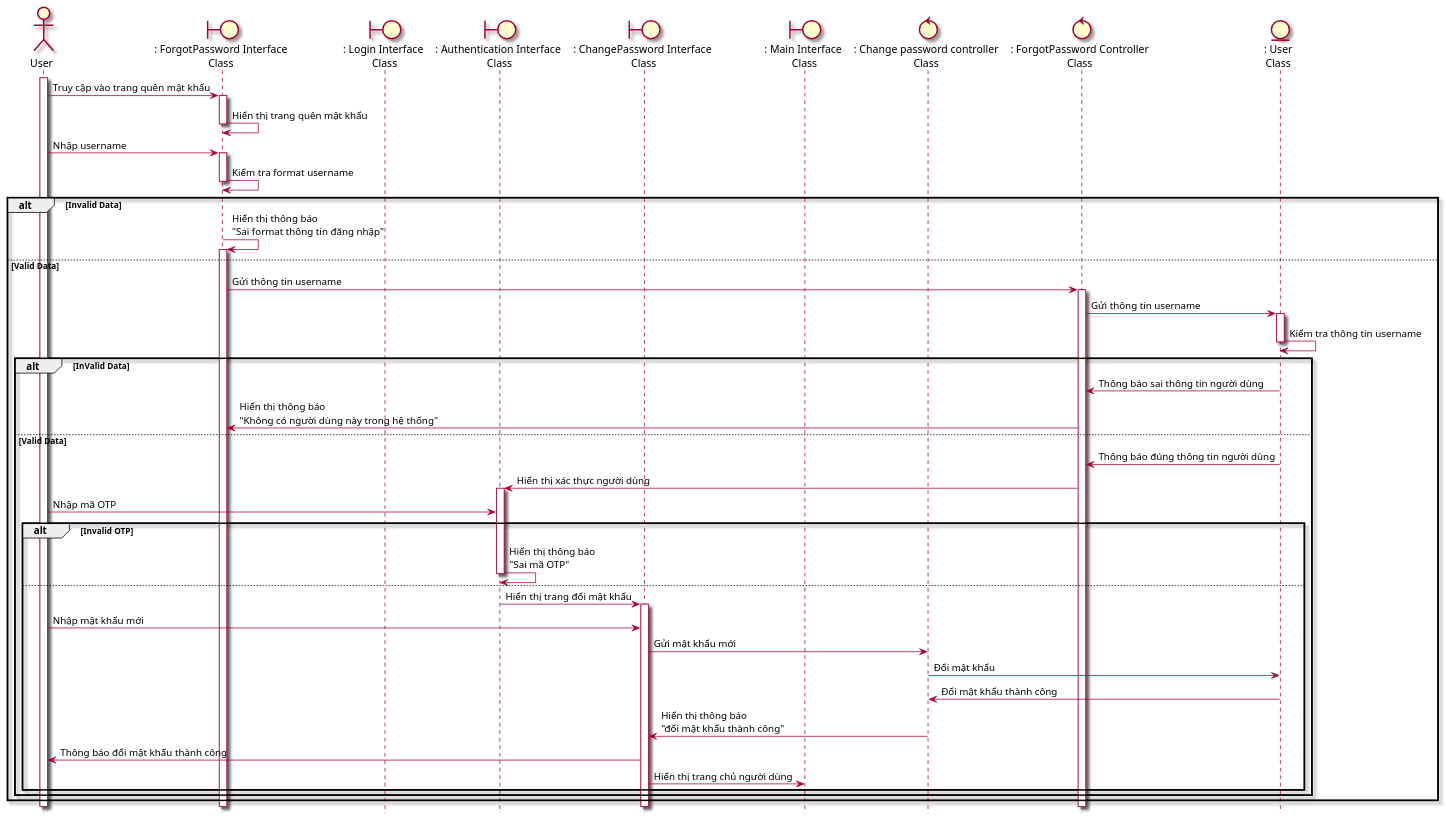
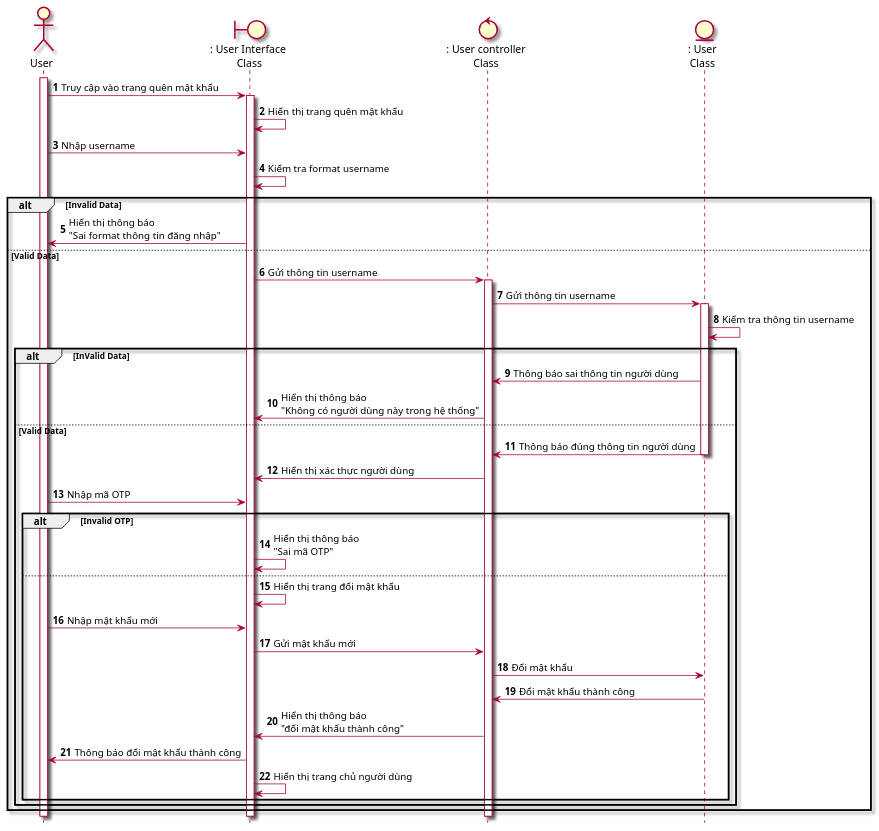
The diagram in Lab1/Lab 1.2 Diagram/Sequence/FilePUML/1.4 SeqQuenMatKhau.puml (Griselda4774/EAS-EmploymentAssistanceSystem), drawn with PlantUML before and after one commit. The commit also changed 9 other files, not shown here.

```diff
--- a/Lab1/Lab 1.2 Diagram/Sequence/FilePUML/1.4 SeqQuenMatKhau.puml
+++ b/Lab1/Lab 1.2 Diagram/Sequence/FilePUML/1.4 SeqQuenMatKhau.puml
@@ -1,45 +1,41 @@
 @startuml SeqQuenMatKhau
 skin rose
 hide footbox
+autonumber
 actor user as "User"
-boundary forgotPassInterface as ": ForgotPassword Interface\nClass"
-boundary loginInterface as ": Login Interface\n Class"
-boundary authenticationInterface as ": Authentication Interface\n Class"
-boundary changePassInterface as ": ChangePassword Interface\n Class"
-boundary mainInterface as ": Main Interface\n Class"
-control changePassController as ": Change password controller\nClass"
-control forgotPassController as ": ForgotPassword Controller\nClass"
+boundary userInterface as ": User Interface\n Class"
+control userController as ": User controller\nClass"
 entity User as ": User\nClass"
 user++
-user -> forgotPassInterface++: Truy cập vào trang quên mật khẩu
-forgotPassInterface -> forgotPassInterface--: Hiển thị trang quên mật khẩu
-user -> forgotPassInterface++: Nhập username 
-forgotPassInterface -> forgotPassInterface--: Kiểm tra format username
+user -> userInterface++: Truy cập vào trang quên mật khẩu
+userInterface -> userInterface: Hiển thị trang quên mật khẩu
+user -> userInterface: Nhập username 
+userInterface -> userInterface: Kiểm tra format username
 alt Invalid Data
-    forgotPassInterface -> forgotPassInterface++: Hiển thị thông báo\n"Sai format thông tin đăng nhập"
+    userInterface -> user: Hiển thị thông báo\n"Sai format thông tin đăng nhập"
 else Valid Data
-    forgotPassInterface -> forgotPassController++: Gửi thông tin username
-    forgotPassController -> User++: Gửi thông tin username
-    User -> User--: Kiểm tra thông tin username
+    userInterface -> userController++: Gửi thông tin username
+    userController -> User++: Gửi thông tin username
+    User -> User: Kiểm tra thông tin username
     alt InValid Data
-        User->forgotPassController: Thông báo sai thông tin người dùng
-        forgotPassController -> forgotPassInterface: Hiển thị thông báo\n"Không có người dùng này trong hệ thống"
+        User->userController: Thông báo sai thông tin người dùng
+        userController -> userInterface: Hiển thị thông báo\n"Không có người dùng này trong hệ thống"
     else Valid Data
-        User->forgotPassController--: Thông báo đúng thông tin người dùng
-        forgotPassController -> authenticationInterface++: Hiển thị xác thực người dùng
-        user -> authenticationInterface: Nhập mã OTP
+        User->userController--: Thông báo đúng thông tin người dùng
+        userController -> userInterface: Hiển thị xác thực người dùng
+        user -> userInterface: Nhập mã OTP
         alt Invalid OTP
-        authenticationInterface -> authenticationInterface--: Hiển thị thông báo\n"Sai mã OTP"
+        userInterface -> userInterface: Hiển thị thông báo\n"Sai mã OTP"
         else
-        authenticationInterface -> changePassInterface++: Hiển thị trang đổi mật khẩu
-        user -> changePassInterface: Nhập mật khẩu mới
-        changePassInterface -> changePassController: Gửi mật khẩu mới
-        changePassController -> User: Đổi mật khẩu
-        User -> changePassController: Đổi mật khẩu thành công
-        changePassController -> changePassInterface: Hiển thị thông báo \n"đổi mật khẩu thành công"
-        changePassInterface -> user: Thông báo đổi mật khẩu thành công
-        changePassInterface -> mainInterface: Hiển thị trang chủ người dùng
+        userInterface -> userInterface: Hiển thị trang đổi mật khẩu
+        user -> userInterface: Nhập mật khẩu mới
+        userInterface -> userController: Gửi mật khẩu mới
+        userController -> User: Đổi mật khẩu
+        User -> userController: Đổi mật khẩu thành công
+        userController -> userInterface: Hiển thị thông báo \n"đổi mật khẩu thành công"
+        userInterface -> user: Thông báo đổi mật khẩu thành công
+        userInterface -> userInterface: Hiển thị trang chủ người dùng
         end
     end 
 end
 @enduml
```
